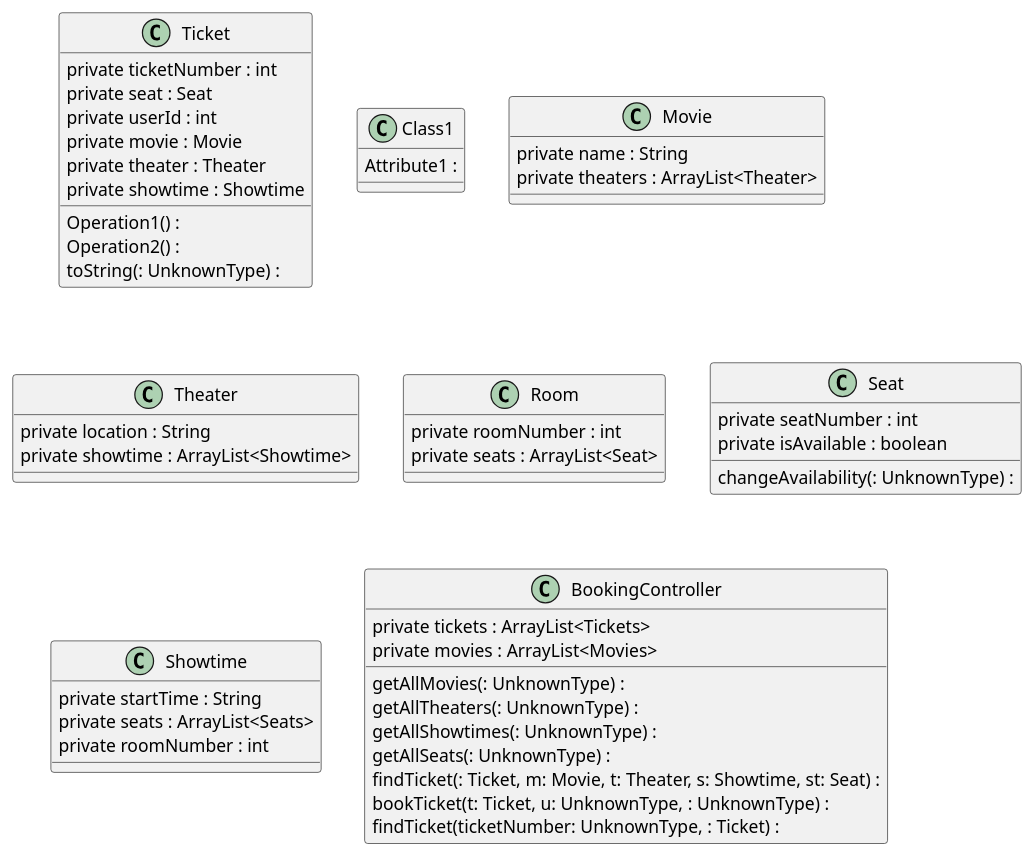
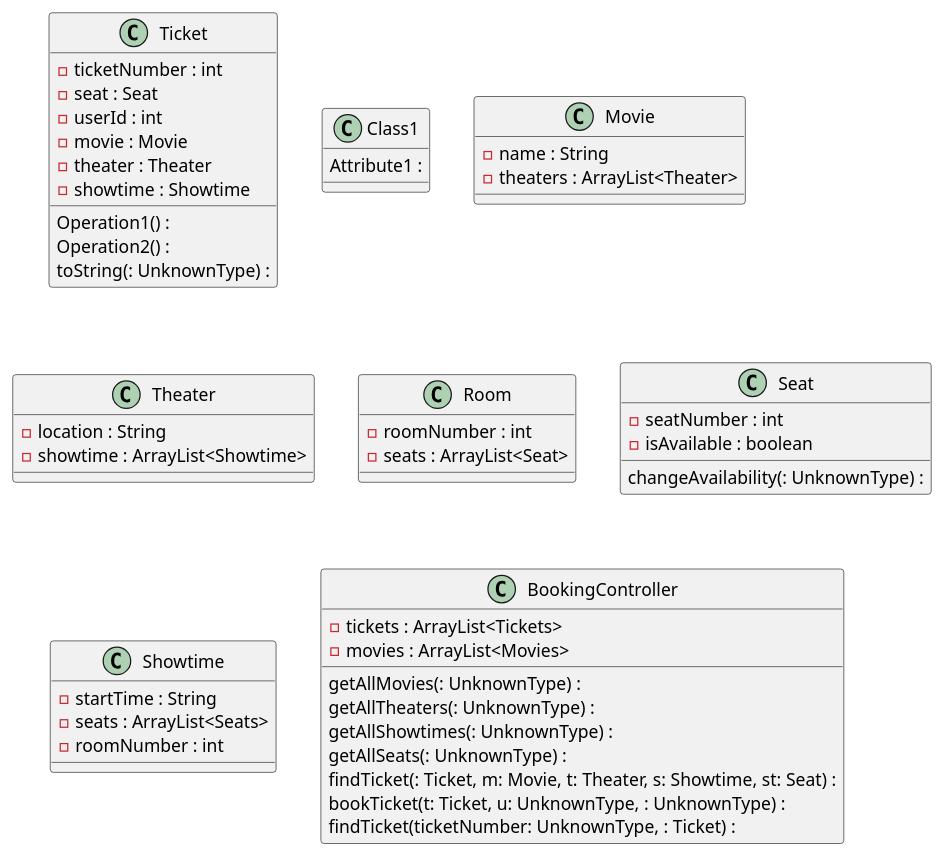
One commit to stancsz/theater_ticketing_system_java changed the diagram in docs/diagrams/booking_classes.puml. Above: the diagram before and after it, drawn with PlantUML. The commit also changed 4 other files, not shown here.

```diff
--- a/docs/diagrams/booking_classes.puml
+++ b/docs/diagrams/booking_classes.puml
@@ -1,49 +1,49 @@
 @startuml
 class Ticket {
-  private ticketNumber : int
-  private seat : Seat
-  private userId : int
-  private movie : Movie
-  private theater : Theater
-  private showtime : Showtime
+  - ticketNumber : int
+  - seat : Seat
+  - userId : int
+  - movie : Movie
+  - theater : Theater
+  - showtime : Showtime
    Operation1() : 
    Operation2() : 
    toString(: UnknownType) : 
 }
 class Class1 {
    Attribute1 : 
 }
 class Movie {
-  private name : String
-  private theaters : ArrayList<Theater>
+  - name : String
+  - theaters : ArrayList<Theater>
 }
 class Theater {
-  private location : String
-  private showtime : ArrayList<Showtime>
+  - location : String
+  - showtime : ArrayList<Showtime>
 }
 class Room {
-  private roomNumber : int
-  private seats : ArrayList<Seat>
+  - roomNumber : int
+  - seats : ArrayList<Seat>
 }
 class Seat {
-  private seatNumber : int
-  private isAvailable : boolean
+  - seatNumber : int
+  - isAvailable : boolean
    changeAvailability(: UnknownType) : 
 }
 class Showtime {
-  private startTime : String
-  private seats : ArrayList<Seats>
-  private roomNumber : int
+  - startTime : String
+  - seats : ArrayList<Seats>
+  - roomNumber : int
 }
 class BookingController {
-  private tickets : ArrayList<Tickets>
-  private movies : ArrayList<Movies>
+  - tickets : ArrayList<Tickets>
+  - movies : ArrayList<Movies>
    getAllMovies(: UnknownType) : 
    getAllTheaters(: UnknownType) : 
    getAllShowtimes(: UnknownType) : 
    getAllSeats(: UnknownType) : 
    findTicket(: Ticket, m: Movie, t: Theater, s: Showtime, st: Seat) : 
    bookTicket(t: Ticket, u: UnknownType, : UnknownType) : 
    findTicket(ticketNumber: UnknownType, : Ticket) : 
 }
 @enduml
```
